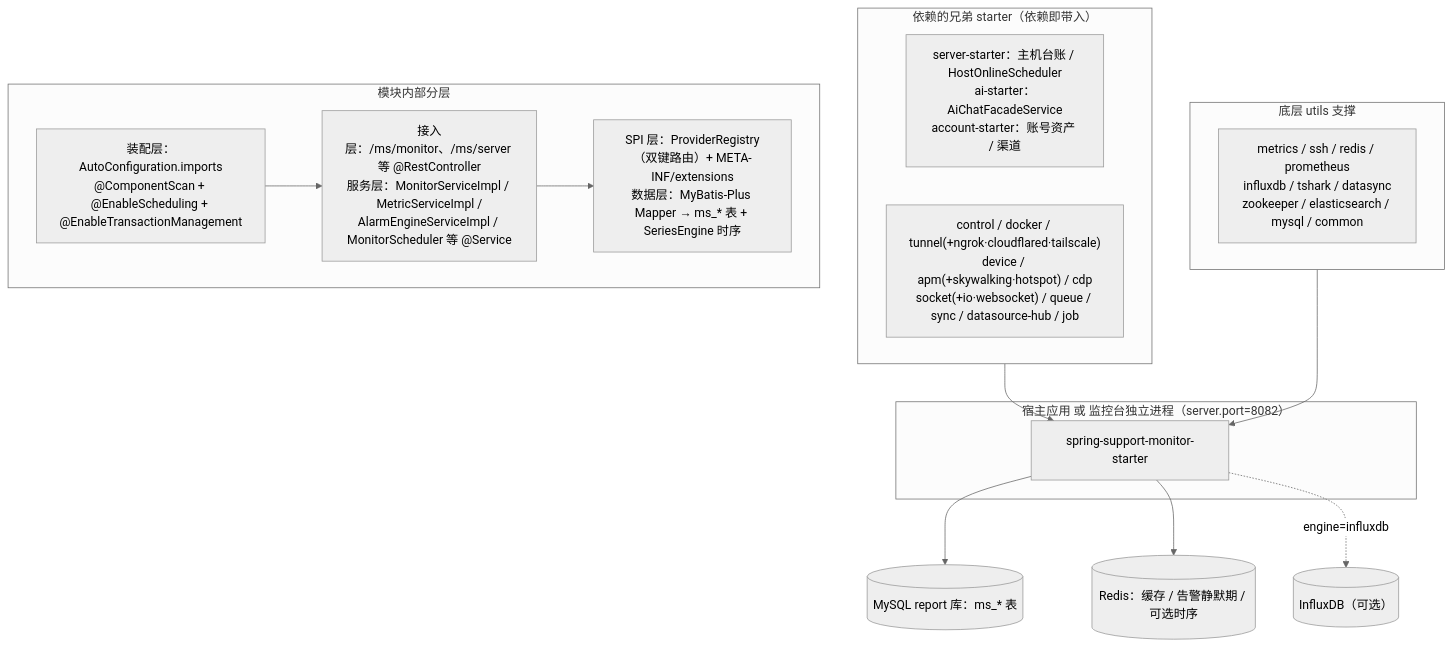
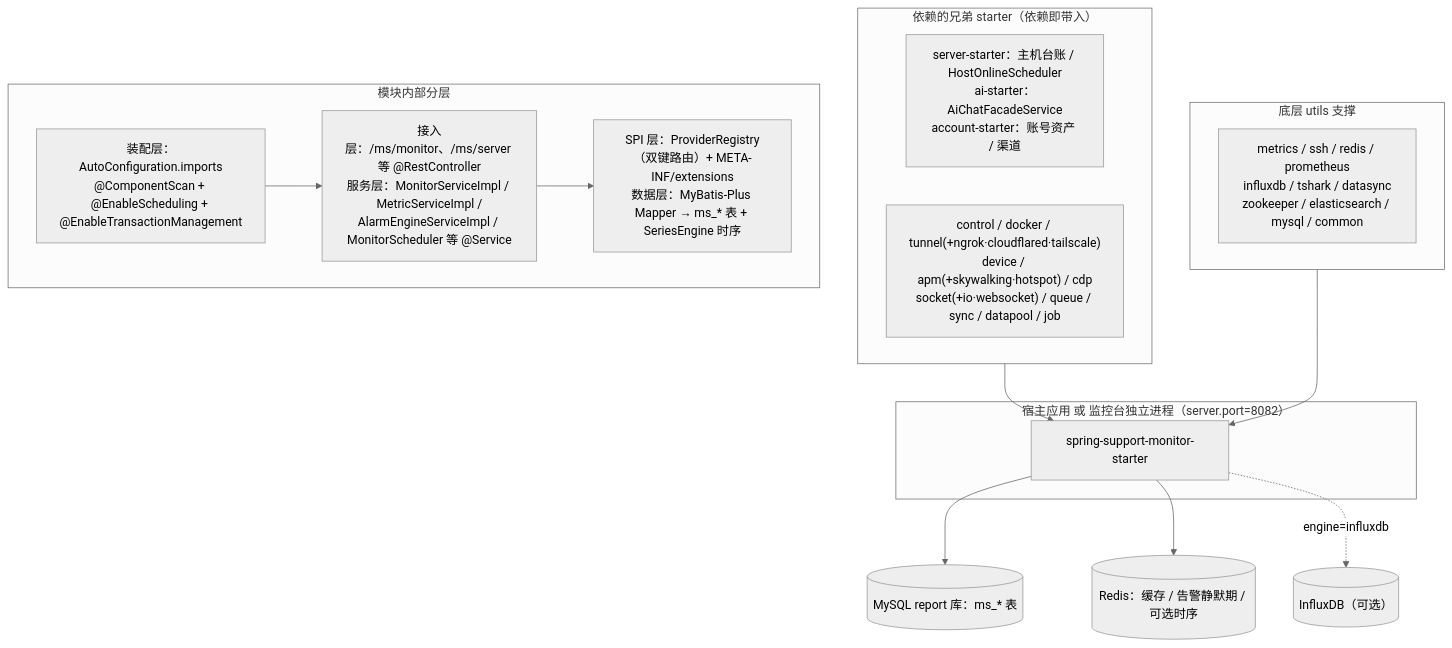
One commit to CHTK001/spring-support-parent-starter changed the first of 2 diagrams in spring-support-monitor-starter/README.md. Above: the diagram before and after it, drawn with Mermaid (neutral theme). The commit also changed other lines of this file and 769 other files, not shown here.

````diff
--- a/spring-support-monitor-starter/README.md
+++ b/spring-support-monitor-starter/README.md
@@ -9,24 +9,24 @@
 ```mermaid
 flowchart TB
     subgraph HOST["宿主应用 或 监控台独立进程（server.port=8082）"]
         MON["spring-support-monitor-starter"]
     end
     subgraph BIZ["依赖的兄弟 starter（依赖即带入）"]
         B1["server-starter：主机台账 / HostOnlineScheduler<br/>ai-starter：AiChatFacadeService<br/>account-starter：账号资产 / 渠道"]
-        B2["control / docker / tunnel(+ngrok·cloudflared·tailscale)<br/>device / apm(+skywalking·hotspot) / cdp<br/>socket(+io·websocket) / queue / sync / datasource-hub / job"]
+        B2["control / docker / tunnel(+ngrok·cloudflared·tailscale)<br/>device / apm(+skywalking·hotspot) / cdp<br/>socket(+io·websocket) / queue / sync / datapool / job"]
     end
     subgraph UTILS["底层 utils 支撑"]
         U["metrics / ssh / redis / prometheus<br/>influxdb / tshark / datasync<br/>zookeeper / elasticsearch / mysql / common"]
     end
     subgraph INNER["模块内部分层"]
         L1["装配层：AutoConfiguration.imports<br/>@ComponentScan + @EnableScheduling + @EnableTransactionManagement"]
         L2["接入层：/ms/monitor、/ms/server 等 @RestController<br/>服务层：MonitorServiceImpl / MetricServiceImpl /<br/>AlarmEngineServiceImpl / MonitorScheduler 等 @Service"]
         L3["SPI 层：ProviderRegistry（双键路由）+ META-INF/extensions<br/>数据层：MyBatis-Plus Mapper → ms_* 表 + SeriesEngine 时序"]
         L1 --> L2 --> L3
     end
     BIZ --> MON
     UTILS --> MON
     MON --> MYSQL[("MySQL report 库：ms_* 表")]
     MON --> REDIS[("Redis：缓存 / 告警静默期 / 可选时序")]
     MON -.->|"engine=influxdb"| INFLUX[("InfluxDB（可选）")]
 ```
````
